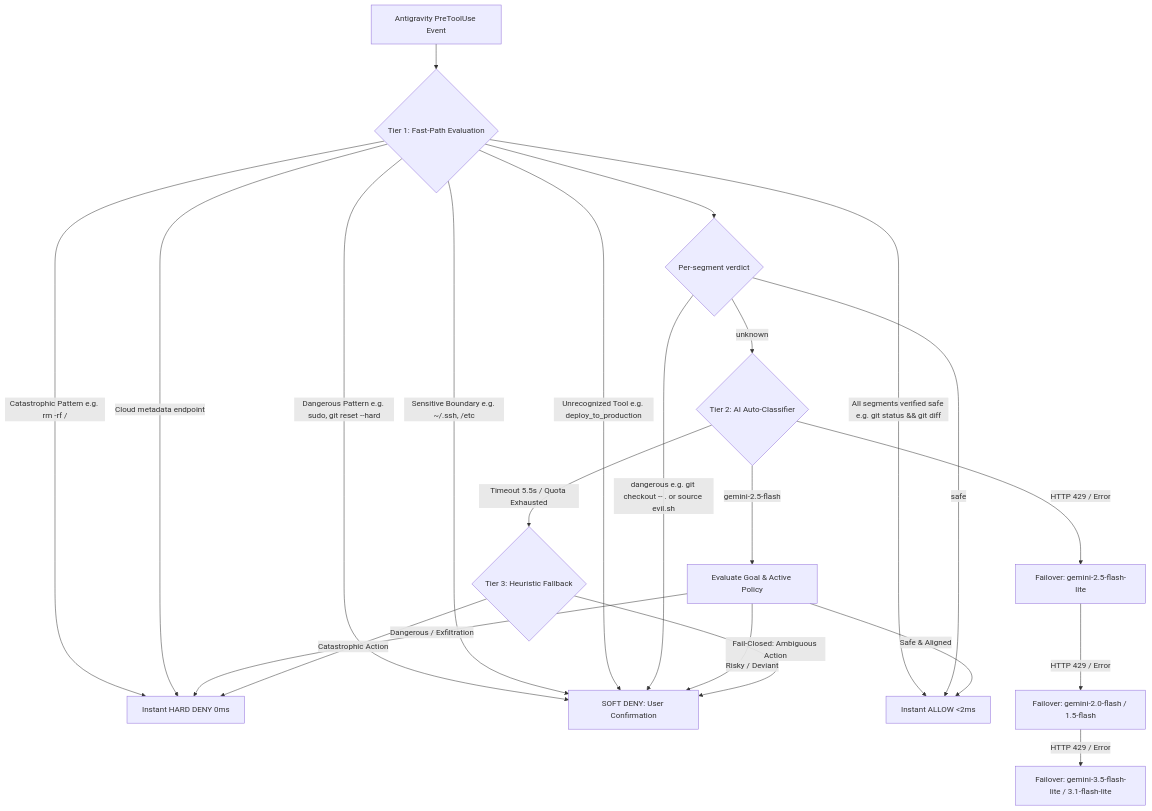
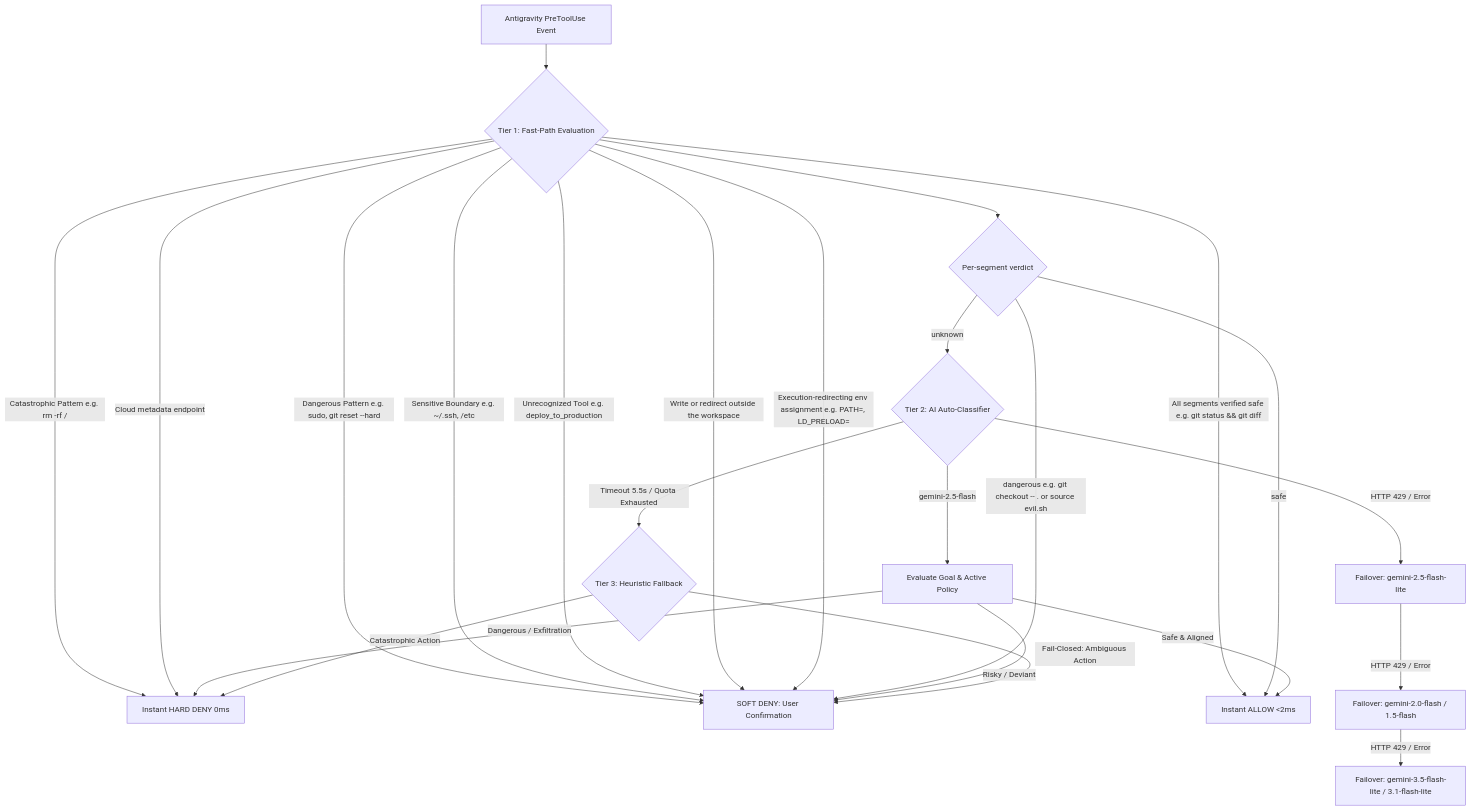
Before and after one commit to marmarmamark/agy-auto-mode: the diagram in README.md, drawn with Mermaid. The commit also changed other lines of this file and 4 other files, not shown here.

````diff
--- a/README.md
+++ b/README.md
@@ -38,29 +40,31 @@
 ```mermaid
 flowchart TD
     ToolCall[Antigravity PreToolUse Event] --> FastPath{Tier 1: Fast-Path Evaluation}
     
     FastPath -->|Catastrophic Pattern e.g. rm -rf /| Deny[Instant HARD DENY 0ms]
     FastPath -->|Cloud metadata endpoint| Deny
     FastPath -->|Dangerous Pattern e.g. sudo, git reset --hard| Ask[SOFT DENY: User Confirmation]
     FastPath -->|Sensitive Boundary e.g. ~/.ssh, /etc| Ask
     FastPath -->|Unrecognized Tool e.g. deploy_to_production| Ask
+    FastPath -->|Write or redirect outside the workspace| Ask
+    FastPath -->|Execution-redirecting env assignment e.g. PATH=, LD_PRELOAD=| Ask
     FastPath -->|All segments verified safe e.g. git status && git diff| Allow[Instant ALLOW <2ms]
     
     FastPath --> Segments{Per-segment verdict}
     Segments -->|dangerous e.g. git checkout -- . or source evil.sh| Ask
     Segments -->|safe| Allow
     Segments -->|unknown| AI{Tier 2: AI Auto-Classifier}
     
     AI -->|gemini-2.5-flash| Eval[Evaluate Goal & Active Policy]
     AI -->|HTTP 429 / Error| Failover1[Failover: gemini-2.5-flash-lite]
     Failover1 -->|HTTP 429 / Error| Failover2[Failover: gemini-2.0-flash / 1.5-flash]
     Failover2 -->|HTTP 429 / Error| Failover3[Failover: gemini-3.5-flash-lite / 3.1-flash-lite]
     
     Eval -->|Safe & Aligned| Allow
     Eval -->|Risky / Deviant| Ask
     Eval -->|Dangerous / Exfiltration| Deny
     
     AI -->|Timeout 5.5s / Quota Exhausted| Heuristic{Tier 3: Heuristic Fallback}
     Heuristic -->|Fail-Closed: Ambiguous Action| Ask
     Heuristic -->|Catastrophic Action| Deny
 ```
````
